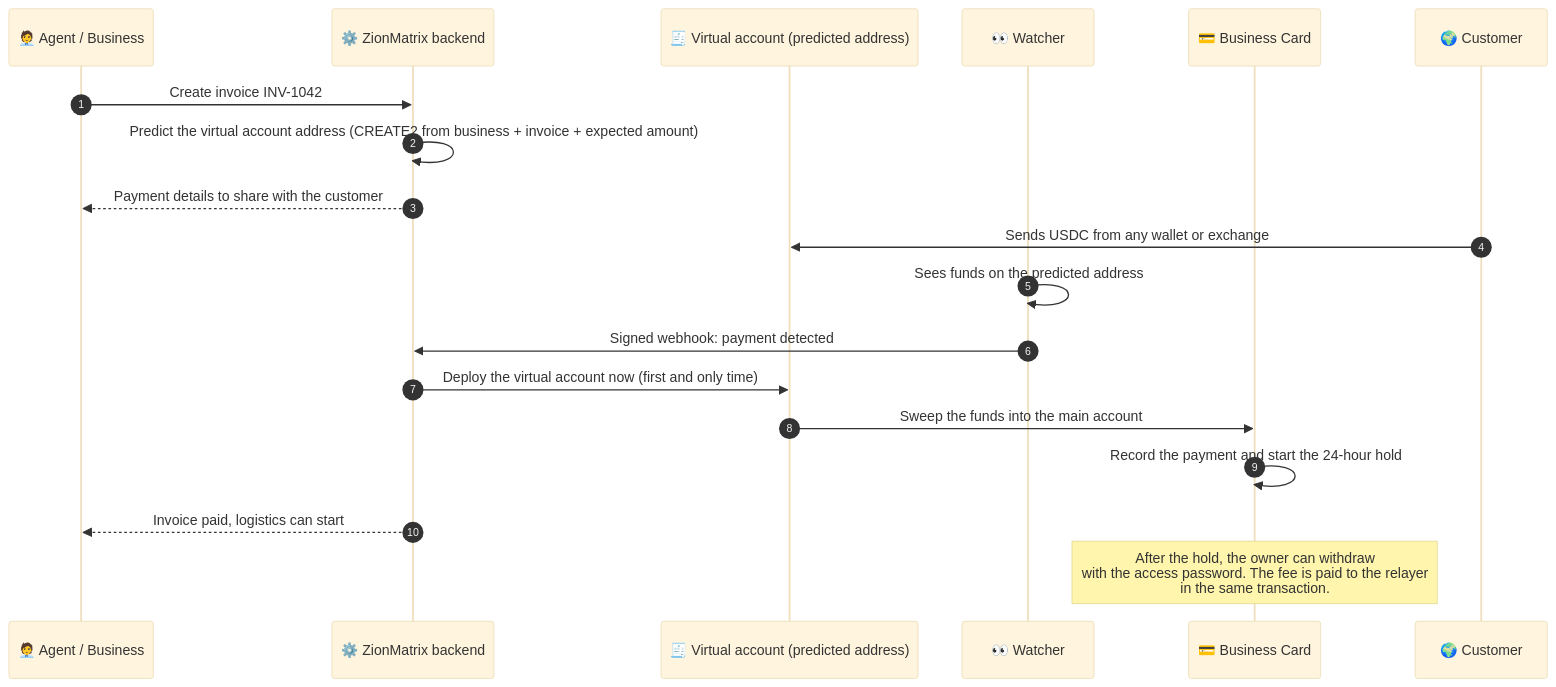
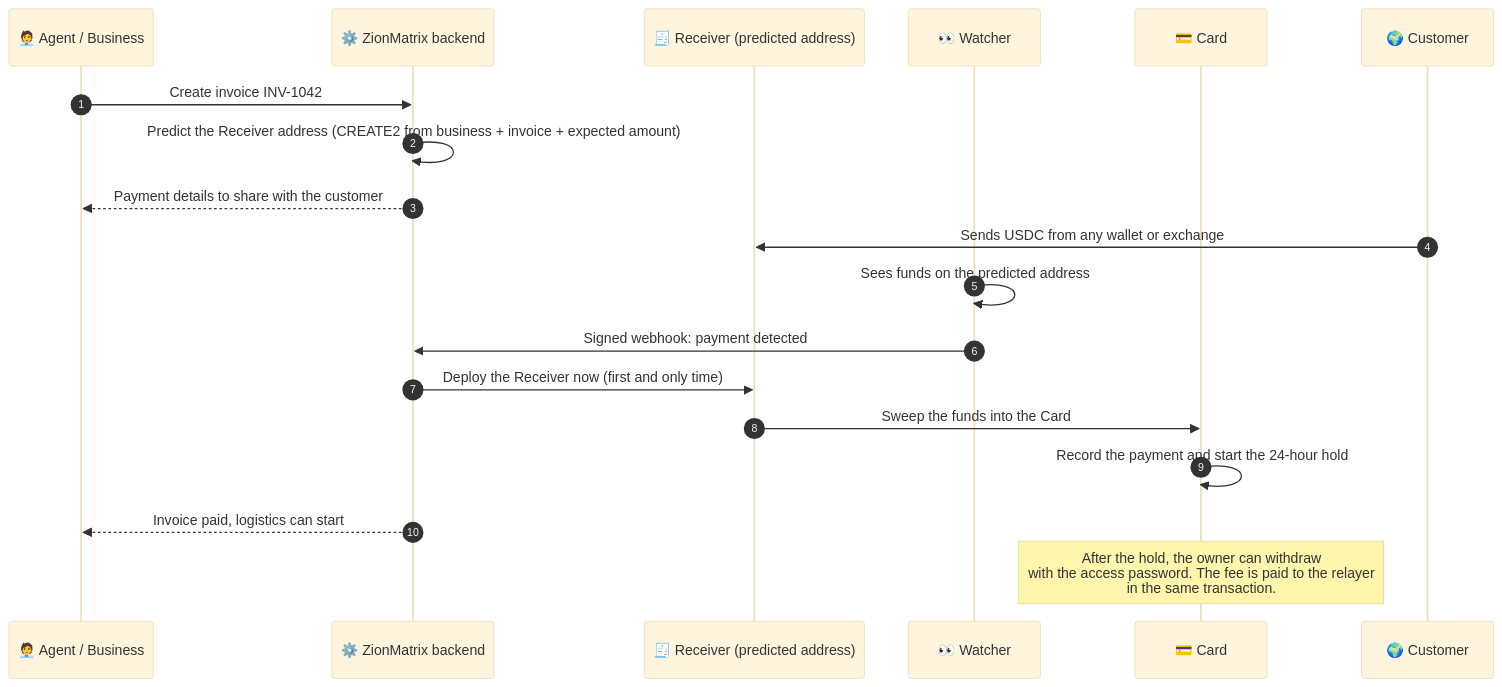
One commit to mitmelon/zionmatrix-arc changed the second of 5 diagrams in README.md. Above: the diagram before and after it, drawn with Mermaid (base theme). The commit also changed other lines of this file, not shown here.

````diff
--- a/README.md
+++ b/README.md
@@ -83,22 +82,22 @@
 ```mermaid
 sequenceDiagram
     autonumber
     participant Agent as 🧑‍💼 Agent / Business
     participant Z as ⚙️ ZionMatrix backend
-    participant VA as 🧾 Virtual account (predicted address)
+    participant R as 🧾 Receiver (predicted address)
     participant W as 👀 Watcher
-    participant Card as 💳 Business Card
+    participant Card as 💳 Card
     participant Cust as 🌍 Customer
 
     Agent->>Z: Create invoice INV-1042
-    Z->>Z: Predict the virtual account address (CREATE2 from business + invoice + expected amount)
+    Z->>Z: Predict the Receiver address (CREATE2 from business + invoice + expected amount)
     Z-->>Agent: Payment details to share with the customer
-    Cust->>VA: Sends USDC from any wallet or exchange
+    Cust->>R: Sends USDC from any wallet or exchange
     W->>W: Sees funds on the predicted address
     W->>Z: Signed webhook: payment detected
-    Z->>VA: Deploy the virtual account now (first and only time)
-    VA->>Card: Sweep the funds into the main account
+    Z->>R: Deploy the Receiver now (first and only time)
+    R->>Card: Sweep the funds into the Card
     Card->>Card: Record the payment and start the 24-hour hold
     Z-->>Agent: Invoice paid, logistics can start
     Note over Card: After the hold, the owner can withdraw<br/>with the access password. The fee is paid to the relayer<br/>in the same transaction.
 ```
````
